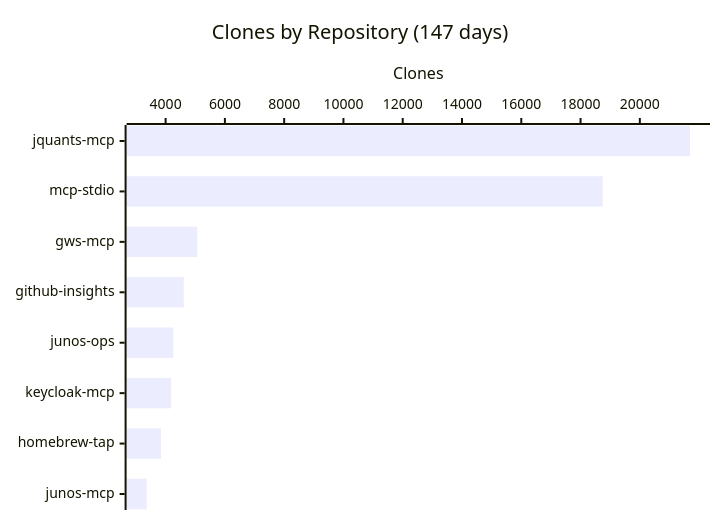
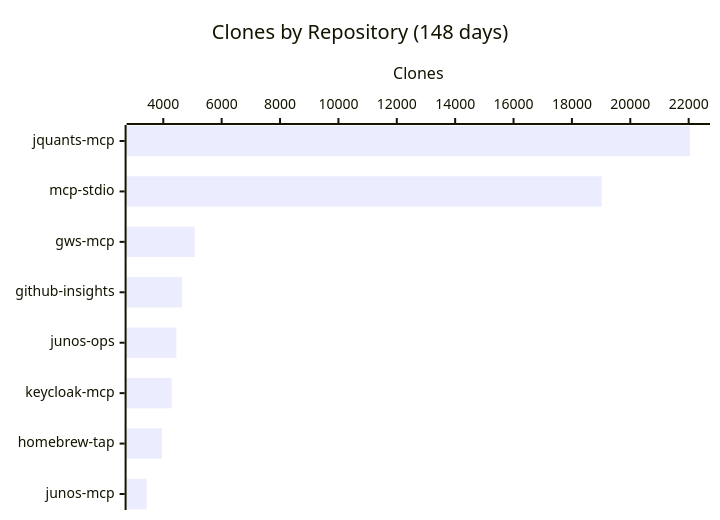
One commit to shigechika/github-insights changed the fourth of 4 diagrams in README.md. Above: the diagram before and after it, drawn with Mermaid. The commit also changed other lines of this file and 2 other files, not shown here.

````diff
--- a/README.md
+++ b/README.md
@@ -58,7 +58,7 @@
 ```mermaid
 xychart-beta horizontal
-    title "Clones by Repository (147 days)"
+    title "Clones by Repository (148 days)"
     x-axis ["jquants-mcp", "mcp-stdio", "gws-mcp", "github-insights", "junos-ops", "keycloak-mcp", "homebrew-tap", "junos-mcp"]
     y-axis "Clones"
-    bar [21692, 18749, 5067, 4613, 4260, 4188, 3844, 3359]
+    bar [22045, 19021, 5071, 4639, 4449, 4287, 3958, 3429]
 ```
````
